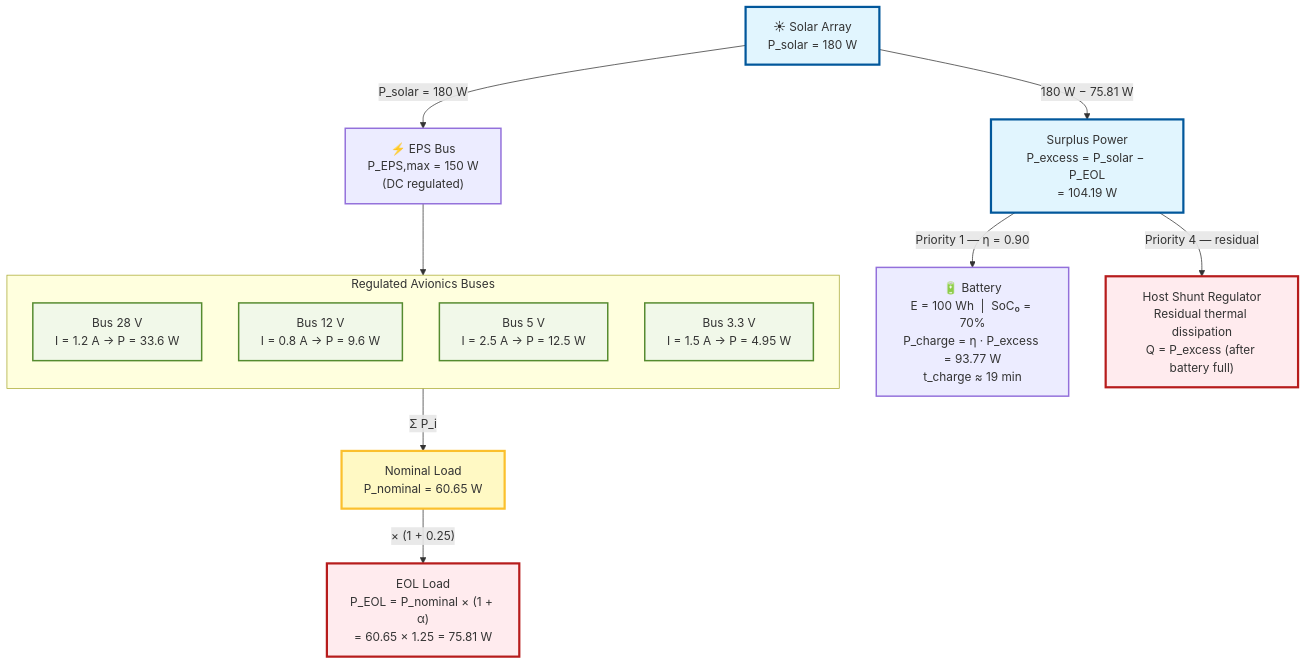
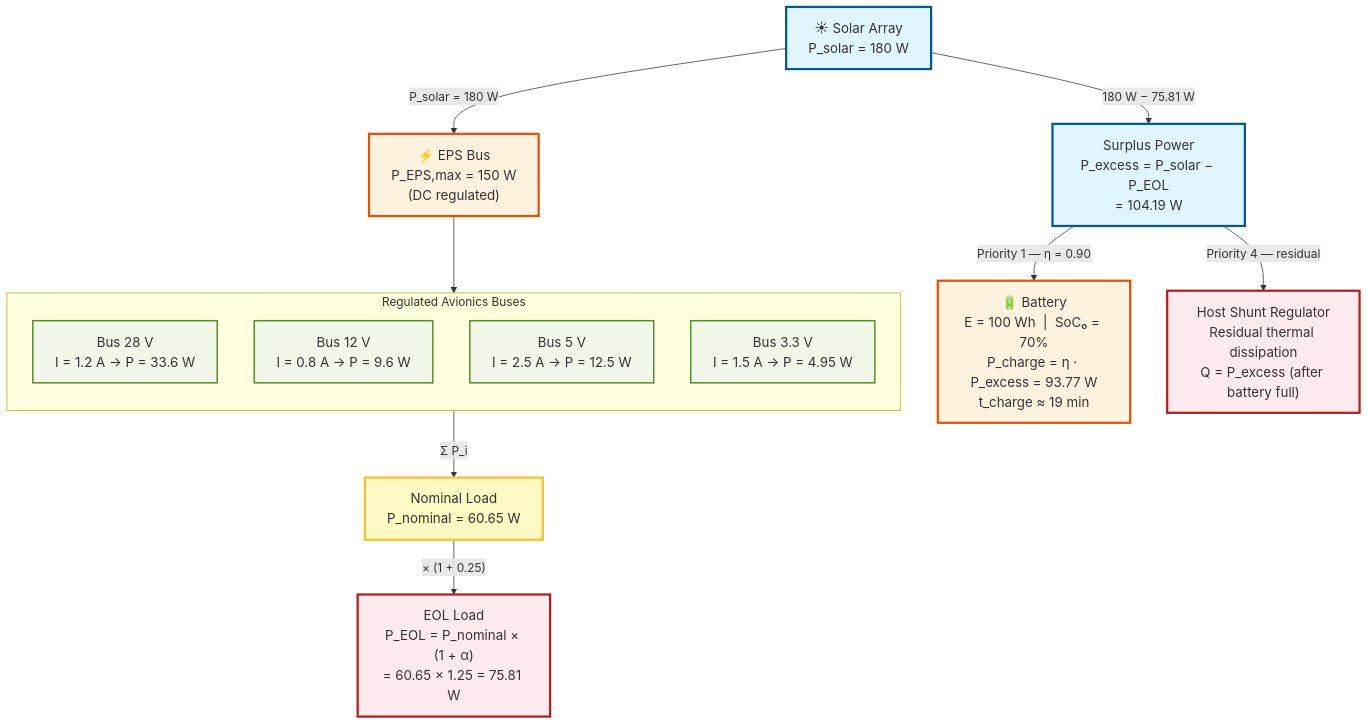
One commit to chetan0021/spacecraft-eps-power-budget changed the first of 8 diagrams in README.md. Above: the diagram before and after it, drawn with Mermaid. The commit also changed other lines of this file, not shown here.

Commit message:
docs: overhaul Mermaid diagrams for visibility and add hifi spacecraft silhouette

````diff
--- a/README.md
+++ b/README.md
@@ -54,38 +54,39 @@
 ```mermaid
 flowchart TD
-    %% Styling
-    classDef default font-family:Inter,font-size:16px,color:#333,stroke-width:2px;
-    classDef bus fill:#fff9c4,stroke:#fbc02d,stroke-width:3px;
-    classDef source fill:#e1f5fe,stroke:#01579b,stroke-width:3px;
-    classDef load fill:#f1f8e9,stroke:#558b2f,stroke-width:2px;
-    classDef critical fill:#ffebee,stroke:#b71c1c,stroke-width:3px;
+    %% Styling and Contrast
+    classDef default font-family:Inter,font-size:18px,color:#333,stroke-width:2px;
+    classDef bus fill:#fff9c4,stroke:#fbc02d,stroke-width:3px,color:#333;
+    classDef source fill:#e1f5fe,stroke:#01579b,stroke-width:3px,color:#333;
+    classDef load fill:#f1f8e9,stroke:#558b2f,stroke-width:2px,color:#333;
+    classDef critical fill:#ffebee,stroke:#b71c1c,stroke-width:3px,color:#333;
+    classDef highlight fill:#fff3e0,stroke:#e65100,stroke-width:3px,color:#333;
 
     SA["☀ Solar Array\nP_solar = 180 W"]:::source
 
     EPS["⚡ EPS Bus\nP_EPS,max = 150 W\n(DC regulated)"]:::highlight
 
     subgraph RegulatedBuses [Regulated Avionics Buses]
         direction TB
         B28["Bus 28 V\nI = 1.2 A  →  P = 33.6 W"]:::load
         B12["Bus 12 V\nI = 0.8 A  →  P = 9.6 W"]:::load
         B5["Bus 5 V\nI = 2.5 A  →  P = 12.5 W"]:::load
         B3["Bus 3.3 V\nI = 1.5 A  →  P = 4.95 W"]:::load
     end
 
     PNOM["Nominal Load\nP_nominal = 60.65 W"]:::bus
     PEOL["EOL Load\nP_EOL = P_nominal × (1 + α)\n= 60.65 × 1.25 = 75.81 W"]:::critical
 
     PEXC["Surplus Power\nP_excess = P_solar − P_EOL\n= 104.19 W"]:::source
 
     BAT["🔋 Battery\nE = 100 Wh  |  SoC₀ = 70%\nP_charge = η · P_excess = 93.77 W\nt_charge ≈ 19 min"]:::highlight
 
     SHT["Host Shunt Regulator\nResidual thermal dissipation\nQ = P_excess (after battery full)"]:::critical
 
     SA -->|"P_solar = 180 W"| EPS
     EPS --> RegulatedBuses
     RegulatedBuses -->|"Σ P_i"| PNOM
     PNOM -->|"× (1 + 0.25)"| PEOL
     SA -->|"180 W − 75.81 W"| PEXC
     PEXC -->|"Priority 1 — η = 0.90"| BAT
     PEXC -->|"Priority 4 — residual"| SHT
 ```
````
